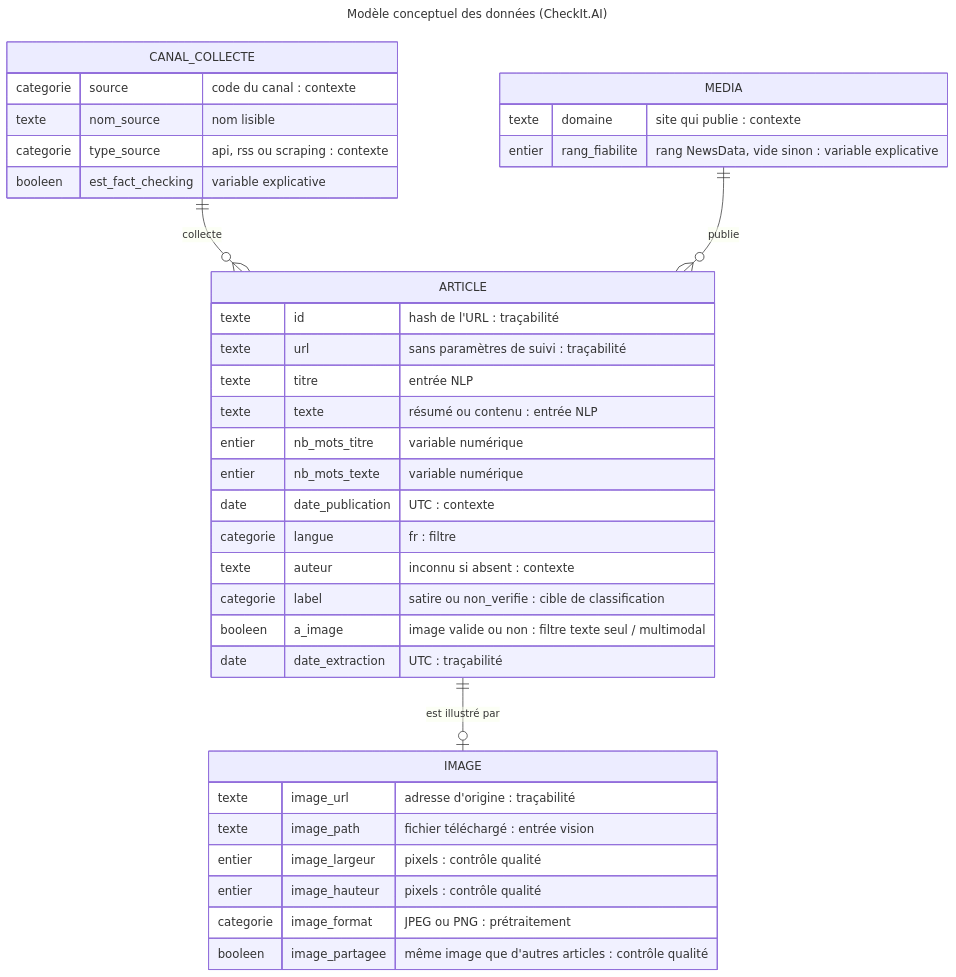
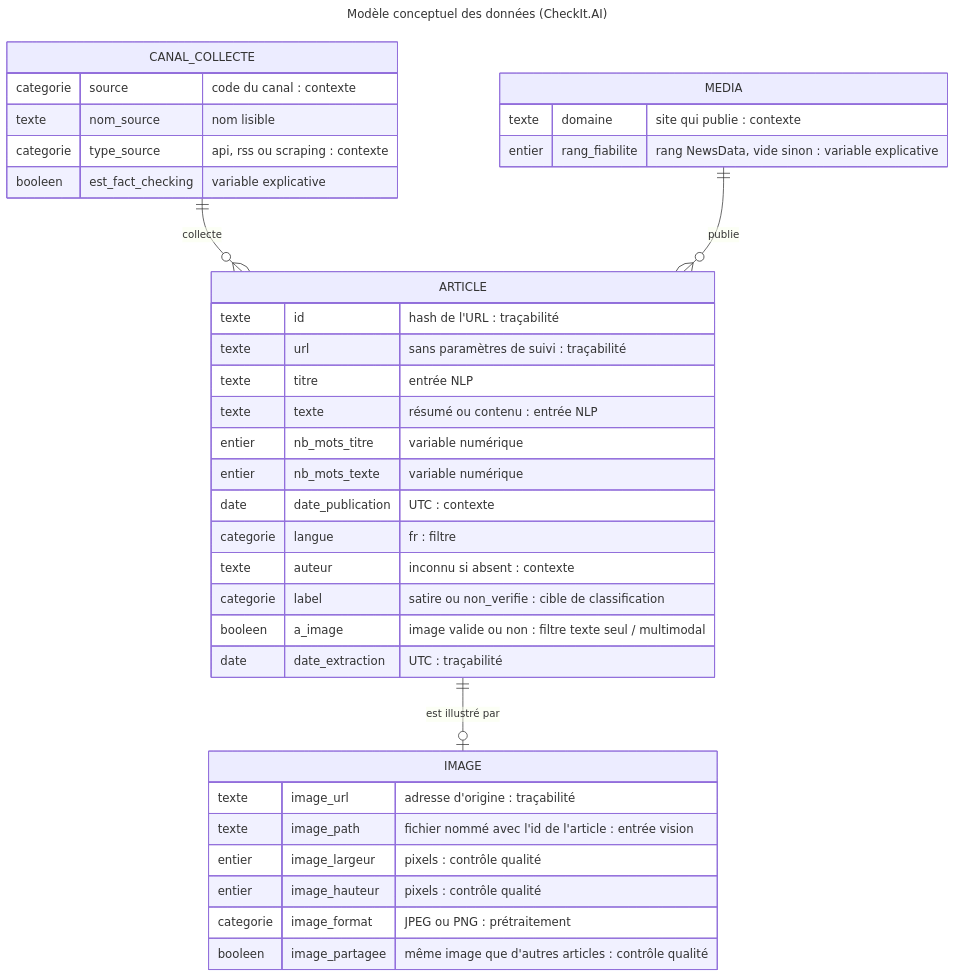
The diagram in livrables/etape3_schema_donnees.mmd (G-Hostin/multimodal-news-extraction), drawn with Mermaid before and after one commit. The commit also changed 3 other files, not shown here.

```diff
--- a/livrables/etape3_schema_donnees.mmd
+++ b/livrables/etape3_schema_donnees.mmd
@@ -1,40 +1,40 @@
 ---
 title: Modèle conceptuel des données (CheckIt.AI)
 ---
 erDiagram
     CANAL_COLLECTE ||--o{ ARTICLE : collecte
     MEDIA ||--o{ ARTICLE : publie
     ARTICLE ||--o| IMAGE : "est illustré par"
 
     CANAL_COLLECTE {
         categorie source "code du canal : contexte"
         texte nom_source "nom lisible"
         categorie type_source "api, rss ou scraping : contexte"
         booleen est_fact_checking "variable explicative"
     }
     MEDIA {
         texte domaine "site qui publie : contexte"
         entier rang_fiabilite "rang NewsData, vide sinon : variable explicative"
     }
     ARTICLE {
         texte id "hash de l'URL : traçabilité"
         texte url "sans paramètres de suivi : traçabilité"
         texte titre "entrée NLP"
         texte texte "résumé ou contenu : entrée NLP"
         entier nb_mots_titre "variable numérique"
         entier nb_mots_texte "variable numérique"
         date date_publication "UTC : contexte"
         categorie langue "fr : filtre"
         texte auteur "inconnu si absent : contexte"
         categorie label "satire ou non_verifie : cible de classification"
         booleen a_image "image valide ou non : filtre texte seul / multimodal"
         date date_extraction "UTC : traçabilité"
     }
     IMAGE {
         texte image_url "adresse d'origine : traçabilité"
-        texte image_path "fichier téléchargé : entrée vision"
+        texte image_path "fichier nommé avec l'id de l'article : entrée vision"
         entier image_largeur "pixels : contrôle qualité"
         entier image_hauteur "pixels : contrôle qualité"
         categorie image_format "JPEG ou PNG : prétraitement"
         booleen image_partagee "même image que d'autres articles : contrôle qualité"
     }
```
